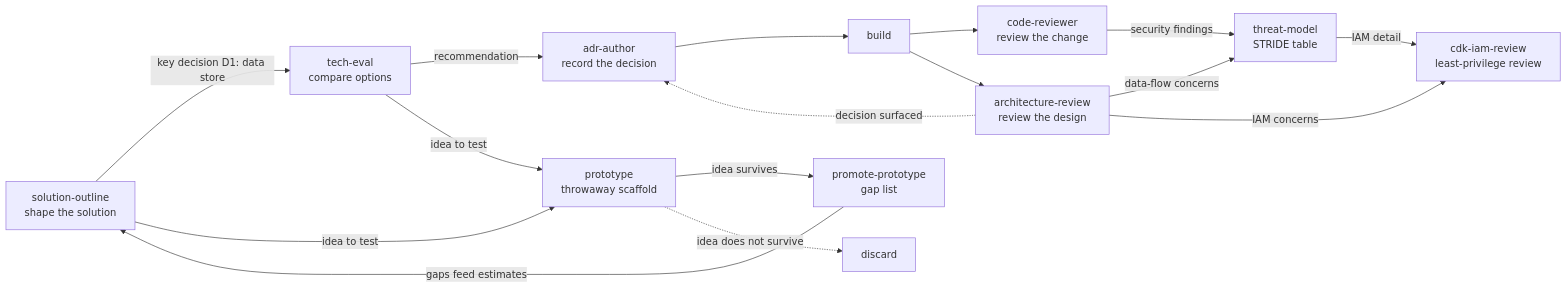
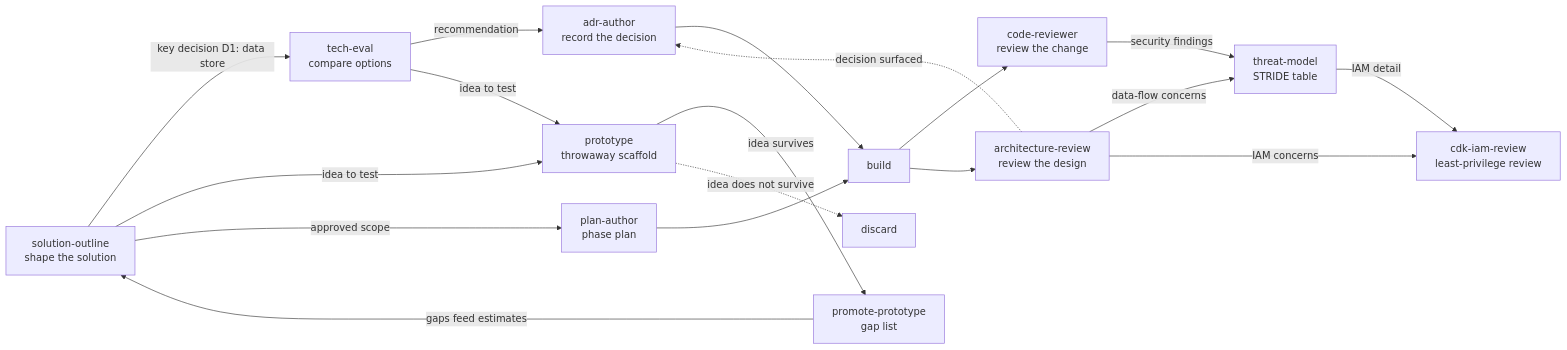
Before and after one commit to leanstacks/lstk: the diagram in docs/examples/README.md, drawn with Mermaid. The commit also changed other lines of this file and 34 other files, not shown here.

First line of the commit message:
Add plan-author skill and release lstk 0.5.0 (#26)

````diff
--- a/docs/examples/README.md
+++ b/docs/examples/README.md
@@ -6,18 +6,20 @@
 ```mermaid
 flowchart LR
     A["solution-outline<br/>shape the solution"] -- "key decision D1: data store" --> B["tech-eval<br/>compare options"]
     B -- "recommendation" --> C["adr-author<br/>record the decision"]
     C --> D["build"]
     D --> E["code-reviewer<br/>review the change"]
     D --> F["architecture-review<br/>review the design"]
     F -- "data-flow concerns" --> G["threat-model<br/>STRIDE table"]
     E -- "security findings" --> G
     F -- "IAM concerns" --> H["cdk-iam-review<br/>least-privilege review"]
     G -- "IAM detail" --> H
     F -. "decision surfaced" .-> C
     A -- "idea to test" --> P["prototype<br/>throwaway scaffold"]
     B -- "idea to test" --> P
     P -- "idea survives" --> Q["promote-prototype<br/>gap list"]
     Q -- "gaps feed estimates" --> A
     P -. "idea does not survive" .-> X["discard"]
+    A -- "approved scope" --> L["plan-author<br/>phase plan"]
+    L --> D
 ```
````
